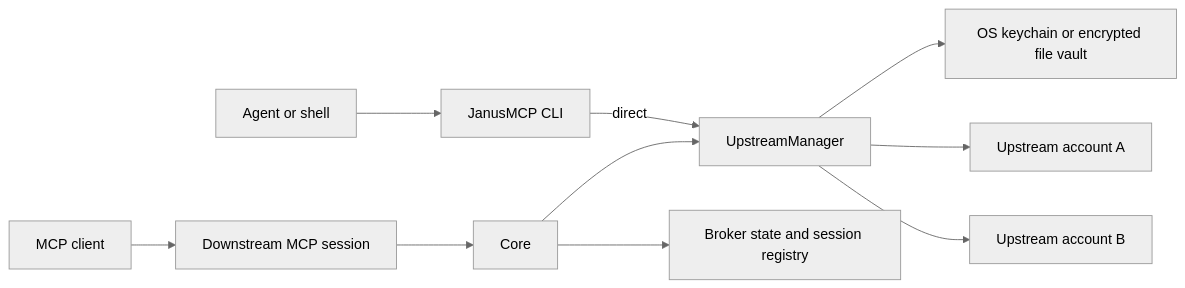
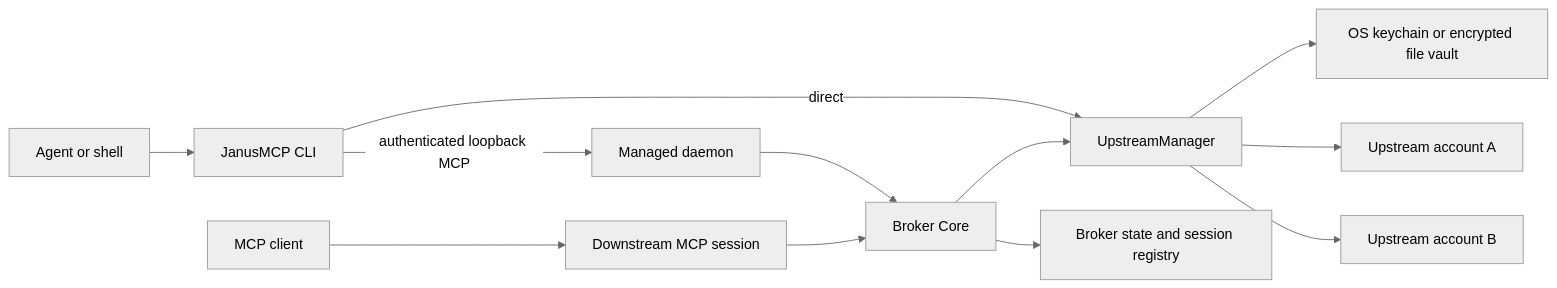
One commit to Bayway/janusmcp changed the diagram in docs/architecture.md. Above: the diagram before and after it, drawn with Mermaid (neutral theme). The commit also changed other lines of this file and 30 other files, not shown here.

Commit message:
feat: add managed local daemon (#17)

````diff
--- a/docs/architecture.md
+++ b/docs/architecture.md
@@ -9,12 +9,14 @@
 ```mermaid
 flowchart LR
     Agent["Agent or shell"] --> CLI["JanusMCP CLI"]
     Client["MCP client"] --> Downstream["Downstream MCP session"]
     CLI -->|direct| Manager["UpstreamManager"]
+    CLI -->|authenticated loopback MCP| Daemon["Managed daemon"]
+    Daemon --> Core["Broker Core"]
     Downstream --> Core
     Core --> State["Broker state and session registry"]
     Core --> Manager
     Manager --> Vault["OS keychain or encrypted file vault"]
     Manager --> A["Upstream account A"]
     Manager --> B["Upstream account B"]
 ```
````
